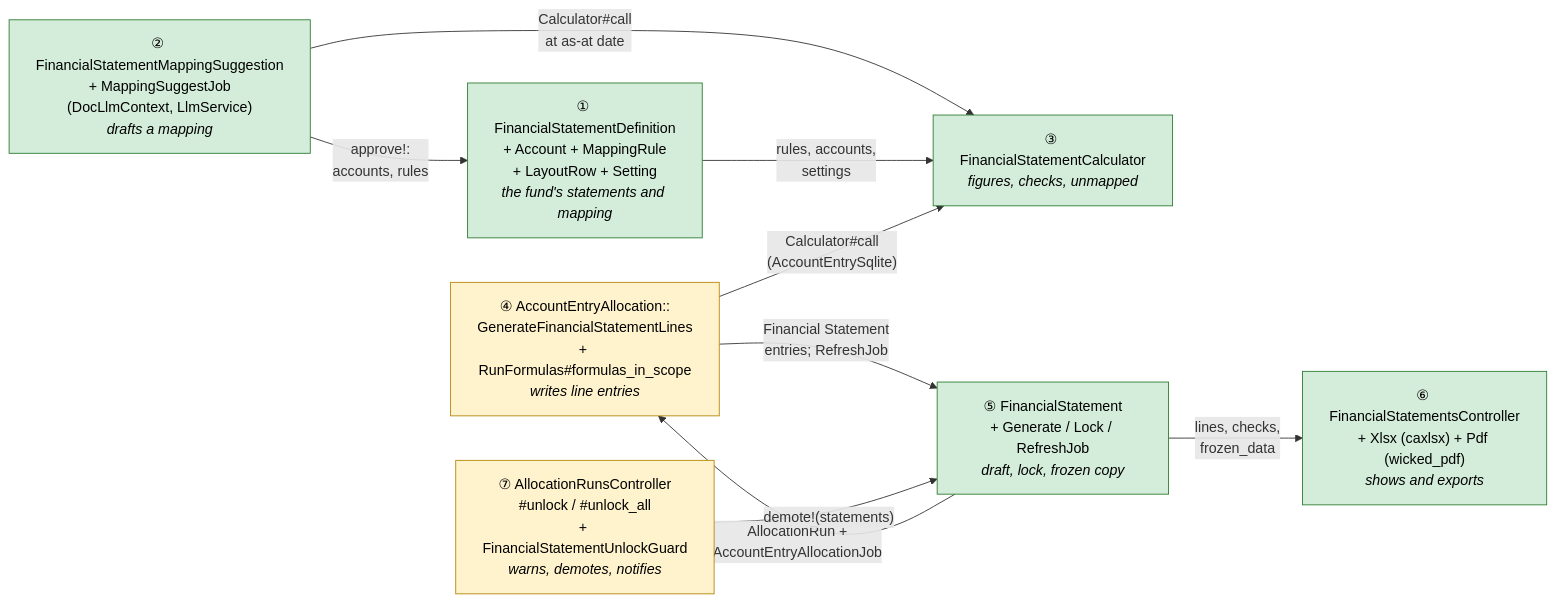
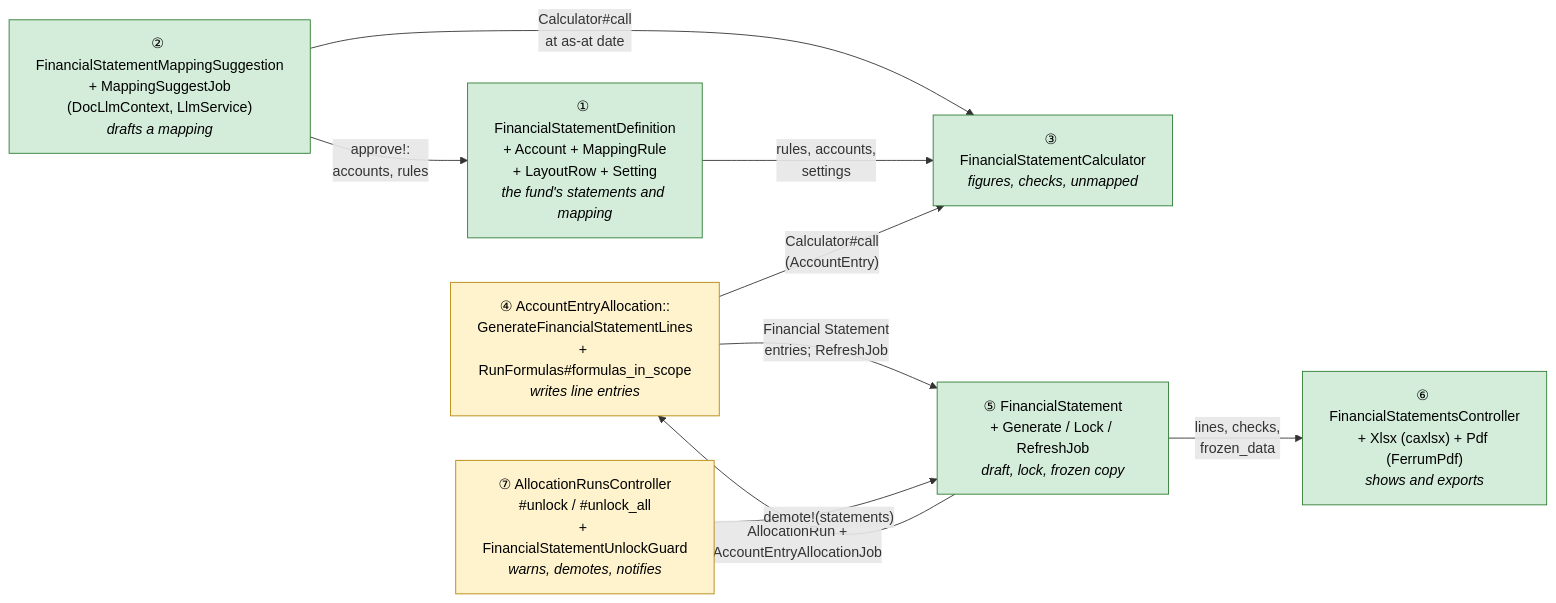
One commit to sampadadiwan/IRM_CompanyMain changed the third of 16 diagrams in openspec/changes/fund-financial-statements/design.md. Above: the diagram before and after it, drawn with Mermaid. The commit also changed other lines of this file and 104 other files, not shown here.

First line of the commit message:
Fund financial statements from account entries (#1798)

````diff
--- a/openspec/changes/fund-financial-statements/design.md
+++ b/openspec/changes/fund-financial-statements/design.md
@@ -176,28 +175,28 @@
 ```mermaid
 flowchart LR
     classDef new fill:#d4edda,stroke:#2e7d32,color:#000
     classDef mod fill:#fff3cd,stroke:#b8860b,color:#000
     classDef reuse fill:#eceff1,stroke:#90a4ae,color:#000
     M["① FinancialStatementDefinition<br/>+ Account + MappingRule<br/>+ LayoutRow + Setting<br/><i>the fund's statements and mapping</i>"]:::new
     A["② FinancialStatementMappingSuggestion<br/>+ MappingSuggestJob<br/>(DocLlmContext, LlmService)<br/><i>drafts a mapping</i>"]:::new
     C["③ FinancialStatementCalculator<br/><i>figures, checks, unmapped</i>"]:::new
     R["④ AccountEntryAllocation::<br/>GenerateFinancialStatementLines<br/>+ RunFormulas#formulas_in_scope<br/><i>writes line entries</i>"]:::mod
     S["⑤ FinancialStatement<br/>+ Generate / Lock / RefreshJob<br/><i>draft, lock, frozen copy</i>"]:::new
-    O["⑥ FinancialStatementsController<br/>+ Xlsx (caxlsx) + Pdf (wicked_pdf)<br/><i>shows and exports</i>"]:::new
+    O["⑥ FinancialStatementsController<br/>+ Xlsx (caxlsx) + Pdf (FerrumPdf)<br/><i>shows and exports</i>"]:::new
     U["⑦ AllocationRunsController<br/>#unlock / #unlock_all<br/>+ FinancialStatementUnlockGuard<br/><i>warns, demotes, notifies</i>"]:::mod
     A -- "approve!:<br/>accounts, rules" --> M
     A -- "Calculator#call<br/>at as-at date" --> C
     M -- "rules, accounts,<br/>settings" --> C
     S -- "AllocationRun +<br/>AccountEntryAllocationJob" --> R
-    R -- "Calculator#call<br/>(AccountEntrySqlite)" --> C
+    R -- "Calculator#call<br/>(AccountEntry)" --> C
     R -- "Financial Statement<br/>entries; RefreshJob" --> S
     S -- "lines, checks,<br/>frozen_data" --> O
     U -- "demote!(statements)" --> S
     click M "#①-mapping" "Open card ①"
     click A "#②-ai-draft" "Open card ②"
     click C "#③-calculator" "Open card ③"
     click R "#④-statements-run" "Open card ④"
     click S "#⑤-statement-record" "Open card ⑤"
     click O "#⑥-output" "Open card ⑥"
     click U "#⑦-unlock-guard" "Open card ⑦"
 ```
````
